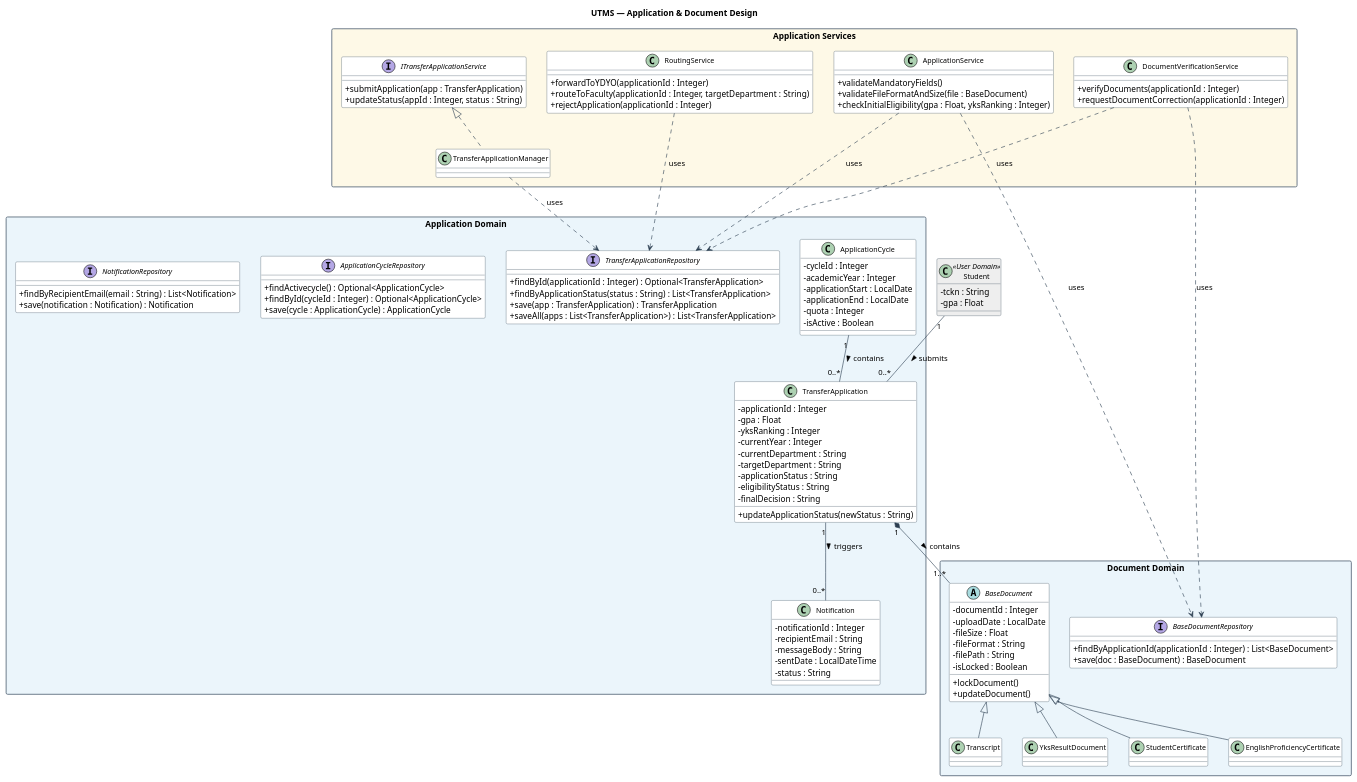
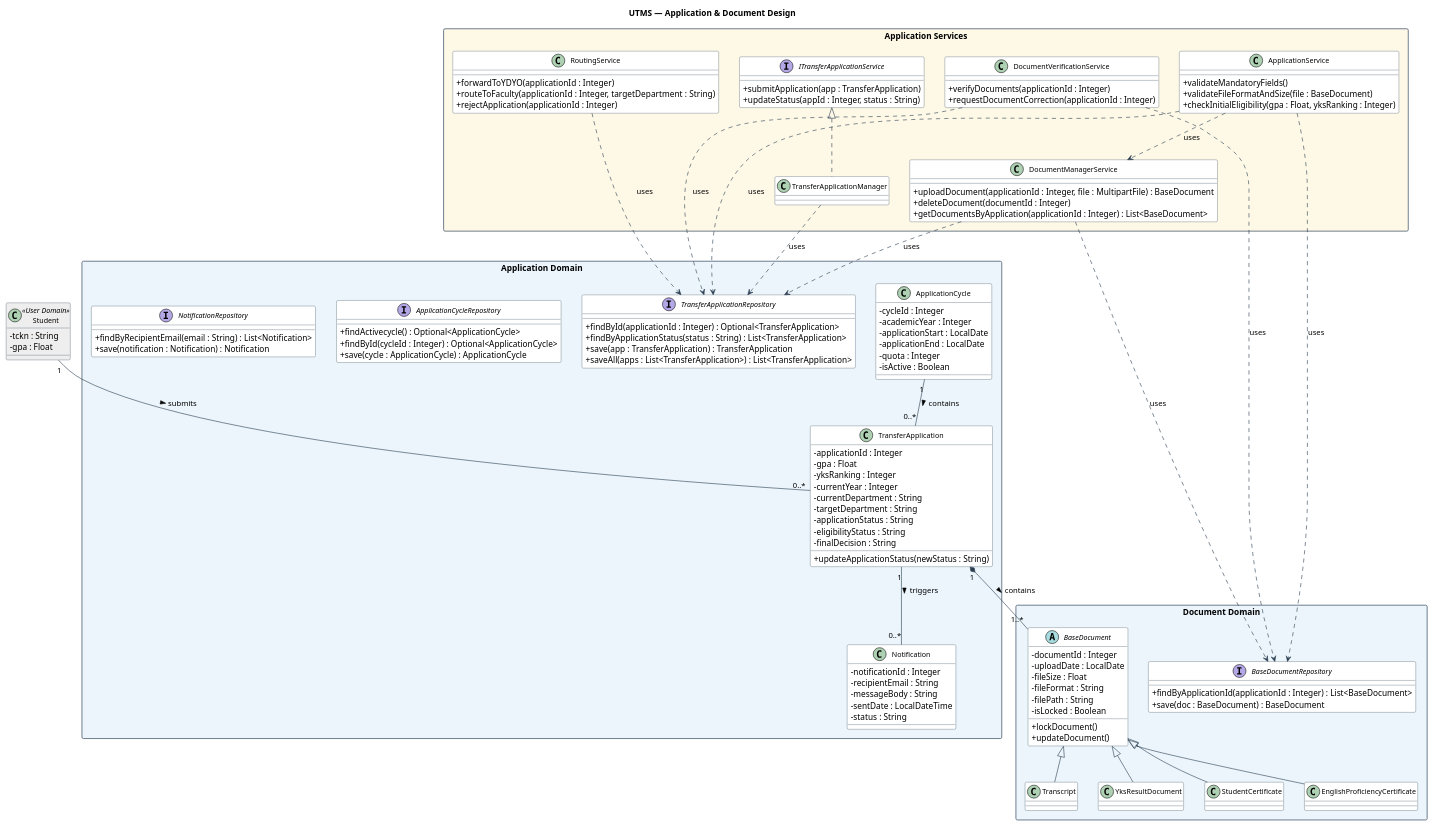
One commit to UTMS-G02/utms changed the diagram in docs/uml/application-design.puml. Above: the diagram before and after it, drawn with PlantUML.

Commit message:
docs(document-domain): add DocumentManagerService to Document Domain in application-design.puml

```diff
--- a/docs/uml/application-design.puml
+++ b/docs/uml/application-design.puml
@@ -1,157 +1,165 @@
 @startuml UTMS_Application_Design
 
 title UTMS — Application & Document Design
 
 top to bottom direction
 
 skinparam classAttributeIconSize 0
 skinparam classFontSize 12
 skinparam packageStyle rectangle
 skinparam class {
     BackgroundColor White
     BorderColor #2C3E50
     ArrowColor #2C3E50
 }
 skinparam package {
     BorderColor #5D6D7E
 }
 
 ' =============================================
 ' BUSINESS LOGIC LAYER
 ' =============================================
 
 package "Application Services" #FEF9E7 {
     interface ITransferApplicationService {
         +submitApplication(app : TransferApplication)
         +updateStatus(appId : Integer, status : String)
     }
     class TransferApplicationManager
     class ApplicationService {
         +validateMandatoryFields()
         +validateFileFormatAndSize(file : BaseDocument)
         +checkInitialEligibility(gpa : Float, yksRanking : Integer)
     }
     class DocumentVerificationService {
         +verifyDocuments(applicationId : Integer)
         +requestDocumentCorrection(applicationId : Integer)
+    }
+    class DocumentManagerService {
+        +uploadDocument(applicationId : Integer, file : MultipartFile) : BaseDocument
+        +deleteDocument(documentId : Integer)
+        +getDocumentsByApplication(applicationId : Integer) : List<BaseDocument>
     }
     class RoutingService {
         +forwardToYDYO(applicationId : Integer)
         +routeToFaculty(applicationId : Integer, targetDepartment : String)
         +rejectApplication(applicationId : Integer)
     }
 }
 
 ' =============================================
 ' DATA ACCESS LAYER
 ' =============================================
 
 package "Application Domain" #EBF5FB {
     class TransferApplication {
         -applicationId : Integer
         -gpa : Float
         -yksRanking : Integer
         -currentYear : Integer
         -currentDepartment : String
         -targetDepartment : String
         -applicationStatus : String
         -eligibilityStatus : String
         -finalDecision : String
         +updateApplicationStatus(newStatus : String)
     }
     class ApplicationCycle {
         -cycleId : Integer
         -academicYear : Integer
         -applicationStart : LocalDate
         -applicationEnd : LocalDate
         -quota : Integer
         -isActive : Boolean
     }
     class Notification {
         -notificationId : Integer
         -recipientEmail : String
         -messageBody : String
         -sentDate : LocalDateTime
         -status : String
     }
 
     interface TransferApplicationRepository {
         +findById(applicationId : Integer) : Optional<TransferApplication>
         +findByApplicationStatus(status : String) : List<TransferApplication>
         +save(app : TransferApplication) : TransferApplication
         +saveAll(apps : List<TransferApplication>) : List<TransferApplication>
     }
     interface ApplicationCycleRepository {
         +findActivecycle() : Optional<ApplicationCycle>
         +findById(cycleId : Integer) : Optional<ApplicationCycle>
         +save(cycle : ApplicationCycle) : ApplicationCycle
     }
     interface NotificationRepository {
         +findByRecipientEmail(email : String) : List<Notification>
         +save(notification : Notification) : Notification
     }
 }
 
 package "Document Domain" #EBF5FB {
     abstract class BaseDocument {
         -documentId : Integer
         -uploadDate : LocalDate
         -fileSize : Float
         -fileFormat : String
         -filePath : String
         -isLocked : Boolean
         +lockDocument()
         +updateDocument()
     }
     class Transcript
     class YksResultDocument
     class StudentCertificate
     class EnglishProficiencyCertificate
 
     interface BaseDocumentRepository {
         +findByApplicationId(applicationId : Integer) : List<BaseDocument>
         +save(doc : BaseDocument) : BaseDocument
     }
 }
 
 ' =============================================
 ' REFERENCE FROM USER DOMAIN
 ' =============================================
 
 class Student <<User Domain>> #EEEEEE {
     -tckn : String
     -gpa : Float
 }
 
 ' =============================================
 ' INHERITANCE
 ' =============================================
 
 ITransferApplicationService <|.. TransferApplicationManager
 
 BaseDocument <|-- Transcript
 BaseDocument <|-- YksResultDocument
 BaseDocument <|-- StudentCertificate
 BaseDocument <|-- EnglishProficiencyCertificate
 
 ' =============================================
 ' DOMAIN ASSOCIATIONS
 ' =============================================
 
 Student "1" -- "0..*" TransferApplication : submits >
 ApplicationCycle "1" -- "0..*" TransferApplication : contains >
 TransferApplication "1" *-- "1..*" BaseDocument : contains >
 TransferApplication "1" -- "0..*" Notification : triggers >
 
 ' =============================================
 ' BUSINESS LOGIC -> DATA ACCESS DEPENDENCIES
 ' =============================================
 
 TransferApplicationManager ..> TransferApplicationRepository : uses
 ApplicationService ..> TransferApplicationRepository : uses
 ApplicationService ..> BaseDocumentRepository : uses
 DocumentVerificationService ..> TransferApplicationRepository : uses
 DocumentVerificationService ..> BaseDocumentRepository : uses
+DocumentManagerService ..> BaseDocumentRepository : uses
+DocumentManagerService ..> TransferApplicationRepository : uses
+ApplicationService ..> DocumentManagerService : uses
 RoutingService ..> TransferApplicationRepository : uses
 
 @enduml
```
